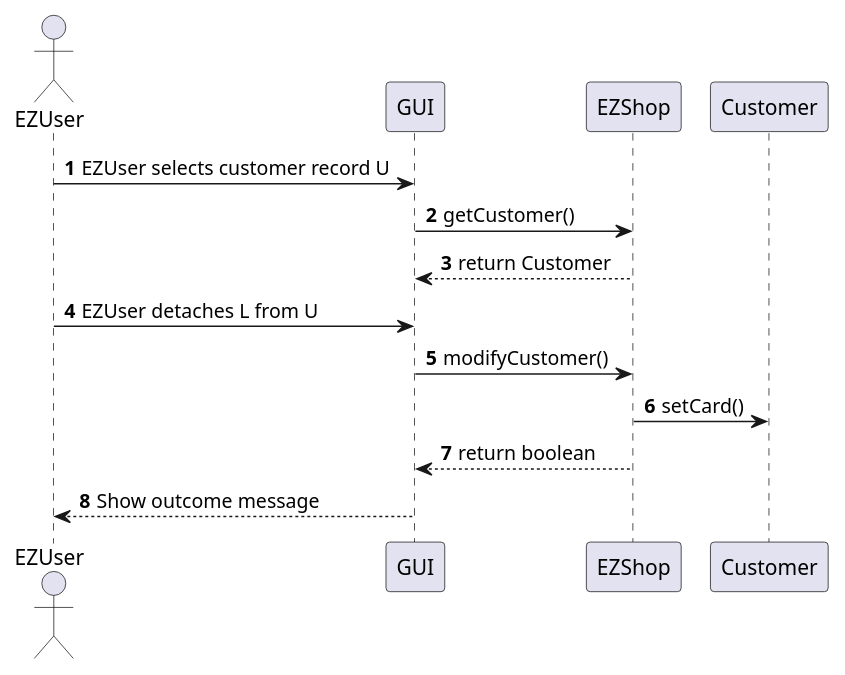
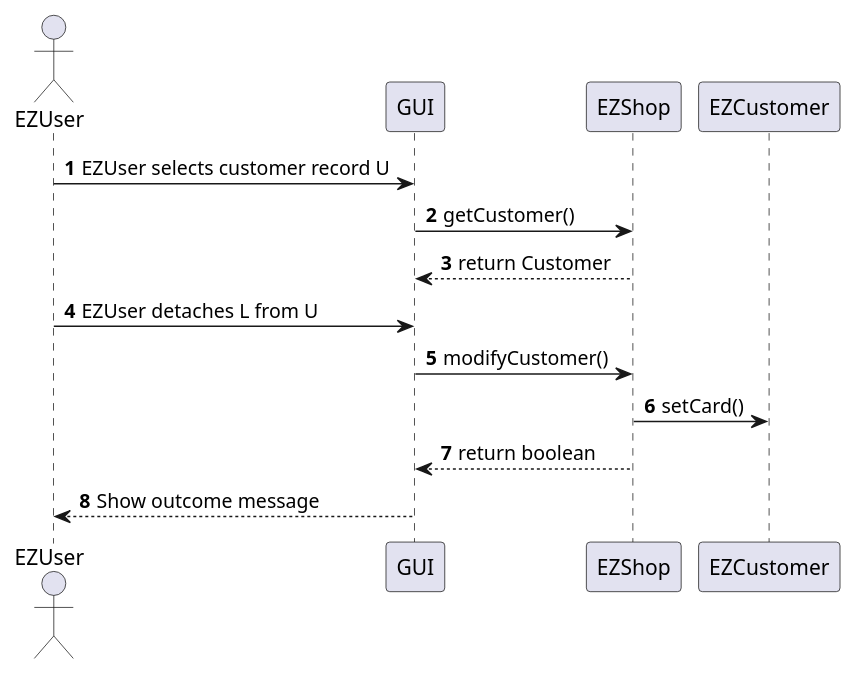
One commit to Stormz4/group20-EzShop changed diagram 15 of 27 in Deliverables/DesignDocument.md. Above: the diagram before and after it, drawn with PlantUML. The commit also changed other lines of this file, not shown here.

````diff
--- a/Deliverables/DesignDocument.md
+++ b/Deliverables/DesignDocument.md
@@ -576,14 +625,14 @@
 ```plantuml
 @startuml
 Actor EZUser
 autonumber
 EZUser -> GUI: EZUser selects customer record U
 GUI -> EZShop: getCustomer()
 EZShop --> GUI: return Customer
 EZUser -> GUI: EZUser detaches L from U
 GUI -> EZShop: modifyCustomer()
-EZShop -> Customer: setCard()
+EZShop -> EZCustomer: setCard()
 EZShop --> GUI: return boolean
 GUI --> EZUser: Show outcome message 
 @enduml
 ```
````
